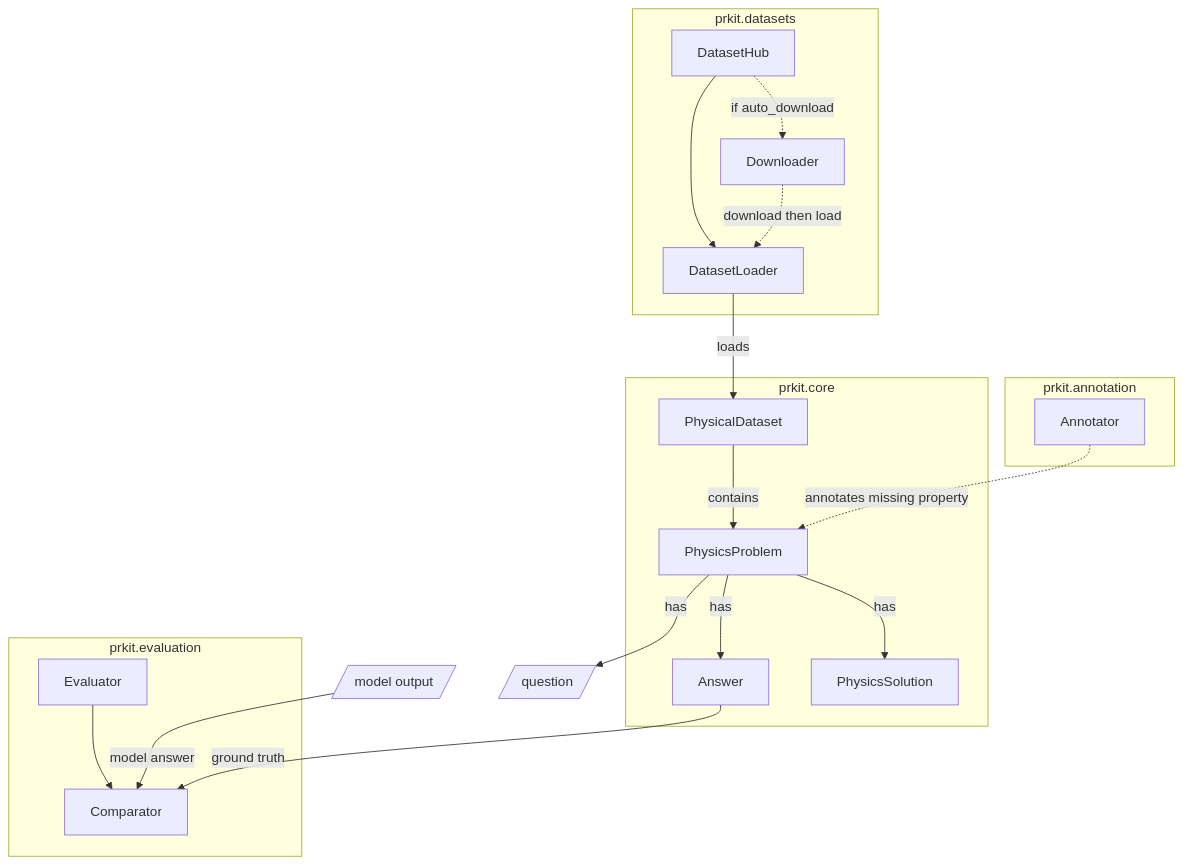
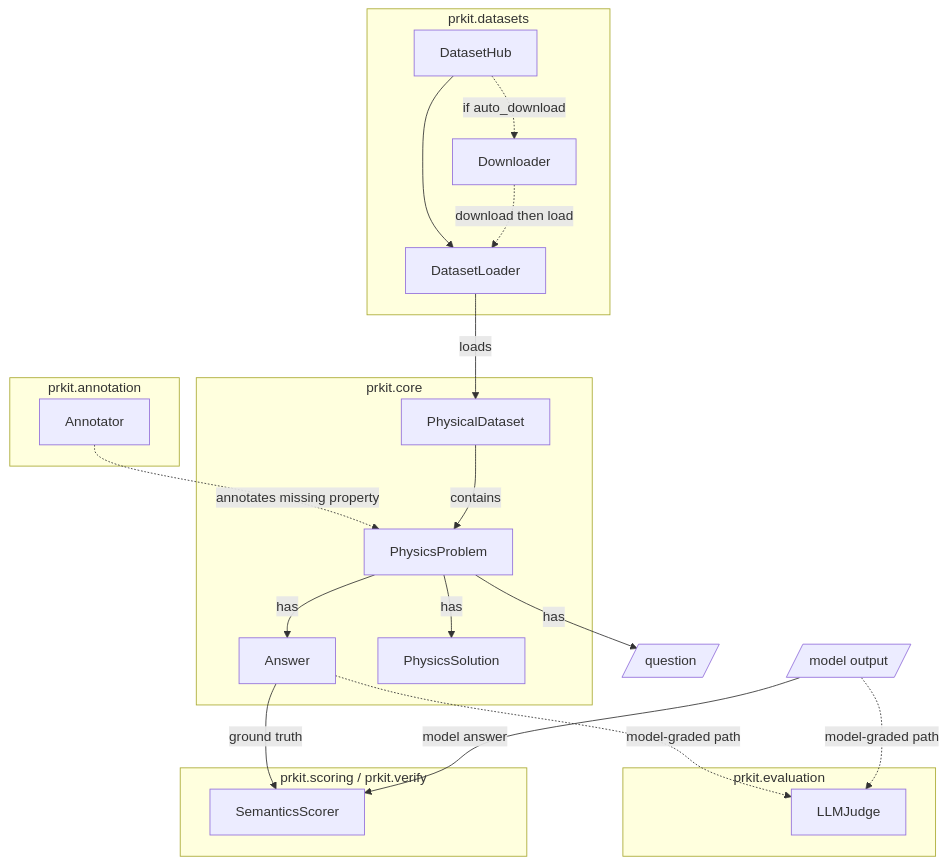
Before and after one commit to sherryzyh/physical_reasoning_toolkit: the diagram in docs/CORE.md, drawn with Mermaid. The commit also changed other lines of this file and 50 other files, not shown here.

````diff
--- a/docs/CORE.md
+++ b/docs/CORE.md
@@ -404,43 +381,47 @@
 ```mermaid
 flowchart TB
 
     subgraph annotation["prkit.annotation"]
         ANO[Annotator]
     end
 
 
     subgraph core["prkit.core"]
         PD[PhysicalDataset]
         PP[PhysicsProblem]
         AN[Answer]
         PS[PhysicsSolution]
     end
 
     subgraph evaluation["prkit.evaluation"]
-        EV[Evaluator]
-        CMP[Comparator]
+        LLJ[LLMJudge]
+    end
+
+    subgraph scoring["prkit.scoring / prkit.verify"]
+        SC[SemanticsScorer]
     end
 
     subgraph datasets["prkit.datasets"]
         DH[DatasetHub]
         DSL[DatasetLoader]
         DD[Downloader]
     end
 
     ANO -.->|annotates missing property| PP
 
     DH --> DSL
     DSL -->| loads | PD
     DH -.->|if auto_download| DD
     DD -.->|download then load| DSL
 
     PD -->|contains| PP
     PP -->|has| Q[/question/]
     PP -->|has| AN
     PP -->|has| PS
 
-    EV --> CMP
-    AN -->|ground truth| CMP
-    MO[/model output/] -->|model answer| CMP
+    AN -->|ground truth| SC
+    MO[/model output/] -->|model answer| SC
+    AN -.->|model-graded path| LLJ
+    MO -.->|model-graded path| LLJ
 
 ```
````
